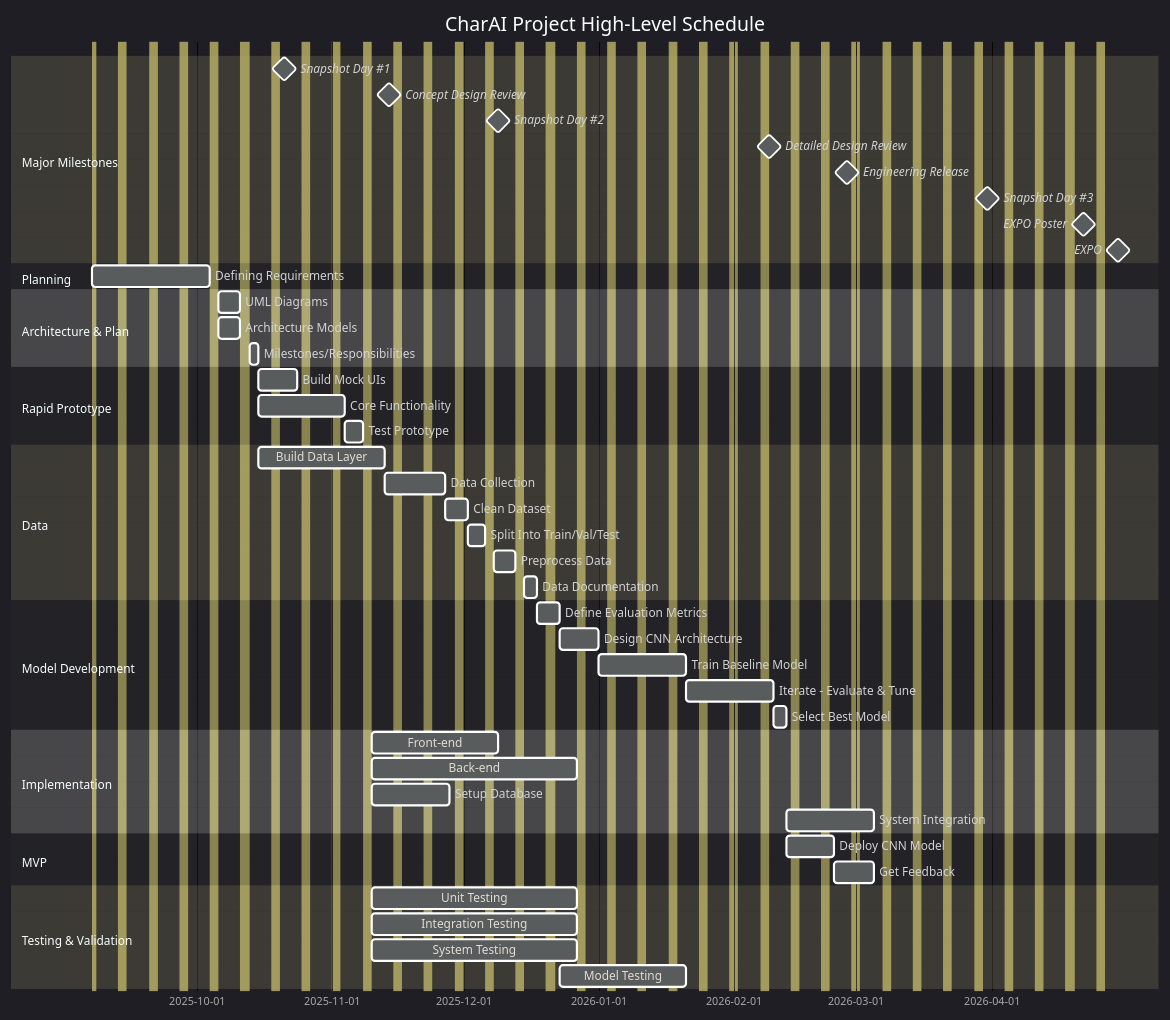
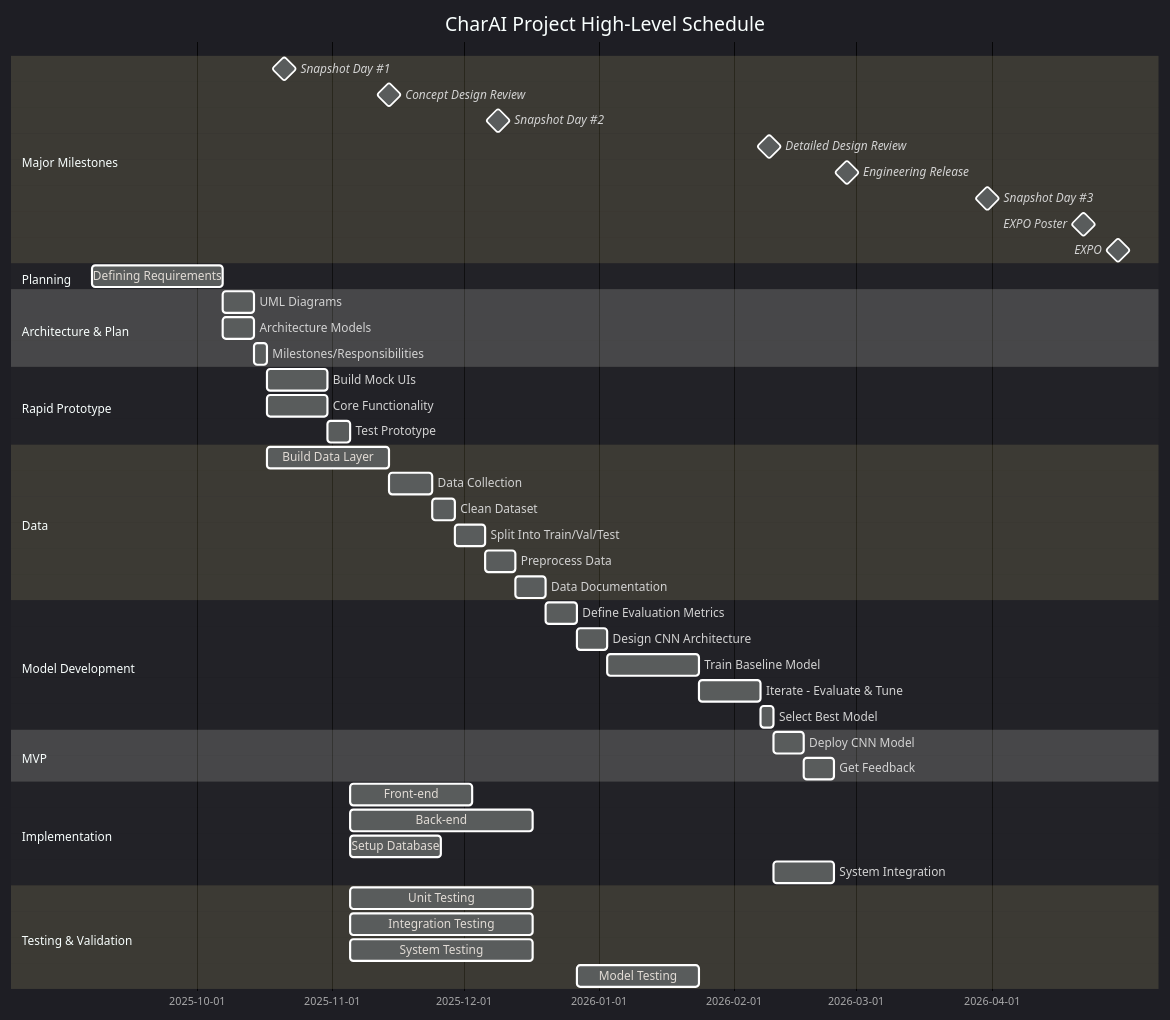
One commit to JosephPBaruch/CharAI changed the diagram in docs/03_Project_Management/Schedule/Gantt.mmd. Above: the diagram before and after it, drawn with Mermaid.

Commit message:
Update Gantt.mmd to include weekends

```diff
--- a/docs/03_Project_Management/Schedule/Gantt.mmd
+++ b/docs/03_Project_Management/Schedule/Gantt.mmd
@@ -1,53 +1,52 @@
 ---
 config:
   theme: dark
 ---
 gantt
     title CharAI Project High-Level Schedule
     dateFormat  YYYY-MM-DD
-    excludes    weekends
     section Major Milestones
     Snapshot Day #1          :milestone, sd1, 2025-10-21, 0d
     Concept Design Review    :milestone, cdr, 2025-11-14, 0d
     Snapshot Day #2          :milestone, sd2, 2025-12-9, 0d
     Detailed Design Review   :milestone, ddr, 2026-2-9, 0d
     Engineering Release      :milestone, eng, 2026-2-27, 0d
     Snapshot Day #3          :milestone, sd3, 2026-3-31, 0d
     EXPO Poster              :milestone, poster, 2026-4-22, 0d
     EXPO                     :milestone, expo, 2026-4-30, 0d
     section Planning
-    Defining Requirements     :reqs, 2025-9-7, 3w
+    Defining Requirements     :reqs, 2025-9-7, 30d
     section Architecture & Plan
-    UML Diagrams              :uml, after reqs, 5d
-    Architecture Models       :arch, after reqs, 5d
-    Milestones/Responsibilities :sresp, after uml arch, 2d
+    UML Diagrams              :uml, after reqs, 1w
+    Architecture Models       :arch, after reqs, 1w
+    Milestones/Responsibilities :sresp, after uml arch, 3d
     section Rapid Prototype
-    Build Mock UIs            :mock, after sresp, 1w
+    Build Mock UIs            :mock, after sresp, 2w
     Core Functionality        :core, after sresp, 2w
-    Test Prototype            :tprot, after core, 4d
+    Test Prototype            :tprot, after core, 5d
     section Data
-    Build Data Layer          :data, after sresp, 3w
+    Build Data Layer          :data, after sresp, 4w
     Data Collection           :prep, after data, 10d
-    Clean Dataset             :dat1, after prep, 3d
-    Split Into Train/Val/Test :dat2, after dat1, 4d
-    Preprocess Data           :dat3, after dat2, 5d
-    Data Documentation        :dat4, after dat3, 3d
+    Clean Dataset             :dat1, after prep, 5d
+    Split Into Train/Val/Test :dat2, after dat1, 1w
+    Preprocess Data           :dat3, after dat2, 1w
+    Data Documentation        :dat4, after dat3, 1w
     section Model Development
-    Define Evaluation Metrics :modl1, after dat4, 3d
-    Design CNN Architecture   :modl2, after modl1, 7d
-    Train Baseline Model      :modl3, after modl2, 2w
+    Define Evaluation Metrics :modl1, after dat4, 1w
+    Design CNN Architecture   :modl2, after modl1, 1w
+    Train Baseline Model      :modl3, after modl2, 3w
     Iterate - Evaluate & Tune :modl4, after modl3, 2w
     Select Best Model         :modl5, after modl4, 3d
-    section Implementation
-    Front-end                 :frnt, after tprot, 3w
-    Back-end                  :back, after tprot, 5w
-    Setup Database            :db, after tprot, 2w
-    System Integration        :sysint, after modl5 frnt back db, 2w
     section MVP
     Deploy CNN Model          :mvp, after modl5, 1w
     Get Feedback              :fdbck, after mvp, 1w
+    section Implementation
+    Front-end                 :frnt, after tprot, 4w
+    Back-end                  :back, after tprot, 6w
+    Setup Database            :db, after tprot, 3w
+    System Integration        :sysint, after modl5 frnt back db, 2w
     section Testing & Validation
-    Unit Testing              :utest, after tprot, 5w
-    Integration Testing       :itest, after tprot, 5w
-    System Testing            :stest, after tprot, 5w
-    Model Testing             :mtest, after modl1, 3w
+    Unit Testing              :utest, after tprot, 6w
+    Integration Testing       :itest, after tprot, 6w
+    System Testing            :stest, after tprot, 6w
+    Model Testing             :mtest, after modl1, 4w
```
